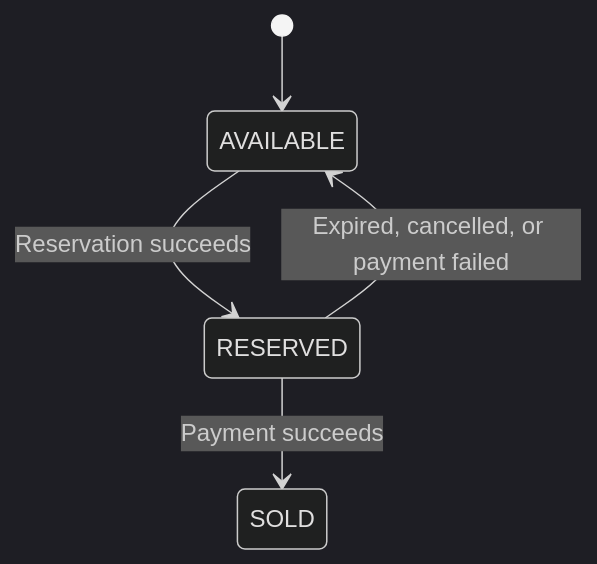
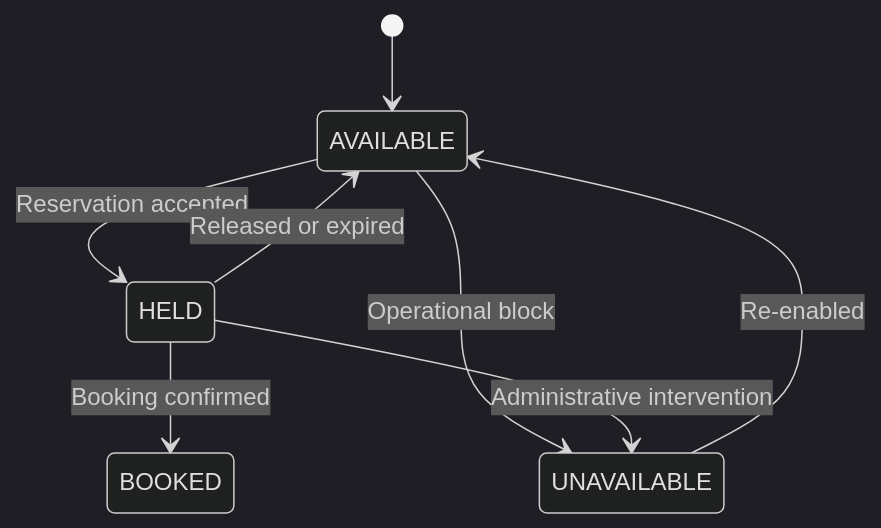
The seventh of 10 diagrams in docs/02_ARCHITECTURE.md (HuyKunNe/cinema-system), drawn with Mermaid (dark theme) before and after one commit. The commit also changed other lines of this file and 10 other files, not shown here.

````diff
--- a/docs/02_ARCHITECTURE.md
+++ b/docs/02_ARCHITECTURE.md
@@ -764,7 +765,10 @@
 ```mermaid
 stateDiagram-v2
     [*] --> AVAILABLE
-    AVAILABLE --> RESERVED: Reservation succeeds
-    RESERVED --> AVAILABLE: Expired, cancelled, or payment failed
-    RESERVED --> SOLD: Payment succeeds
+    AVAILABLE --> HELD: Reservation accepted
+    HELD --> AVAILABLE: Released or expired
+    HELD --> BOOKED: Booking confirmed
+    AVAILABLE --> UNAVAILABLE: Operational block
+    HELD --> UNAVAILABLE: Administrative intervention
+    UNAVAILABLE --> AVAILABLE: Re-enabled
 ```
````
